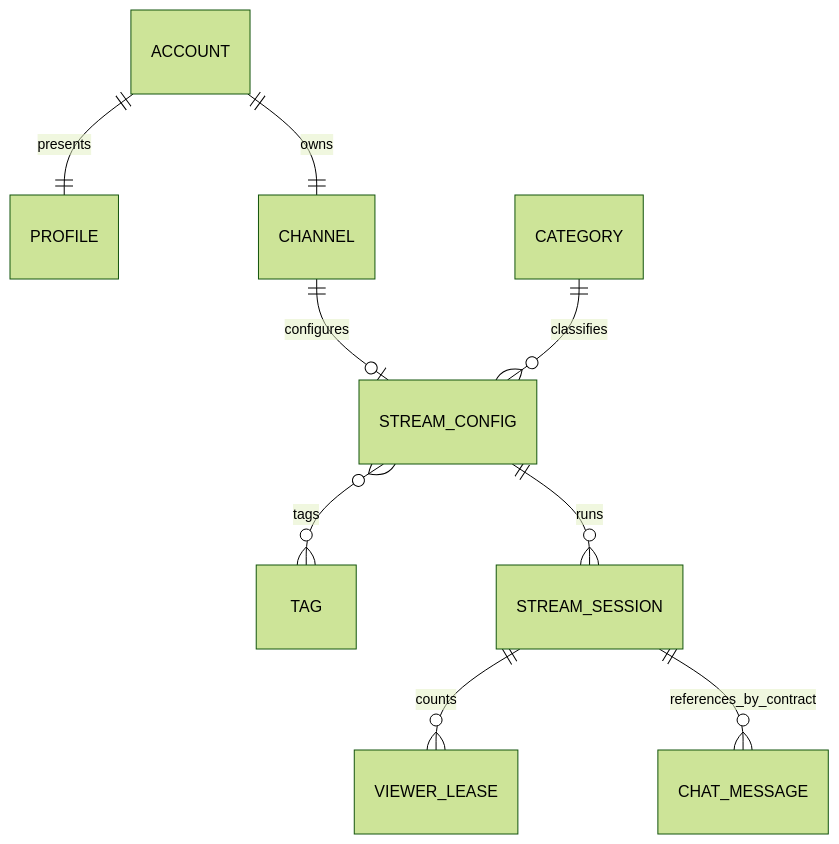
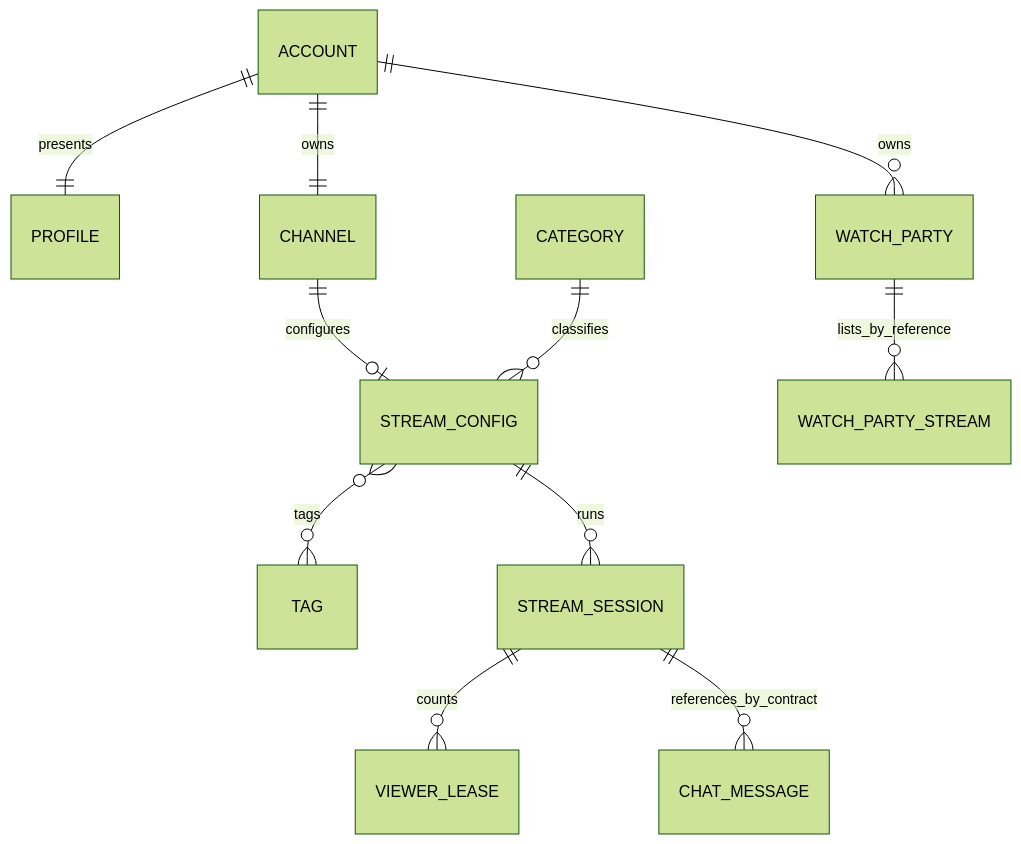
The diagram in docs/contratos_modelo_datos.md (SWARCH-1A/streaming), drawn with Mermaid (forest theme) before and after one commit. The commit also changed other lines of this file and 33 other files, not shown here.

First line of the commit message:
feat(watchparty): add Watch Party module to Core (SPEC-14, ADR-007)

````diff
--- a/docs/contratos_modelo_datos.md
+++ b/docs/contratos_modelo_datos.md
@@ -8,11 +8,13 @@
 ```mermaid
 erDiagram
   ACCOUNT ||--|| PROFILE : presents
   ACCOUNT ||--|| CHANNEL : owns
   CHANNEL ||--o| STREAM_CONFIG : configures
   CATEGORY ||--o{ STREAM_CONFIG : classifies
   STREAM_CONFIG }o--o{ TAG : tags
   STREAM_CONFIG ||--o{ STREAM_SESSION : runs
   STREAM_SESSION ||--o{ VIEWER_LEASE : counts
   STREAM_SESSION ||--o{ CHAT_MESSAGE : references_by_contract
+  ACCOUNT ||--o{ WATCH_PARTY : owns
+  WATCH_PARTY ||--o{ WATCH_PARTY_STREAM : lists_by_reference
 ```
````
